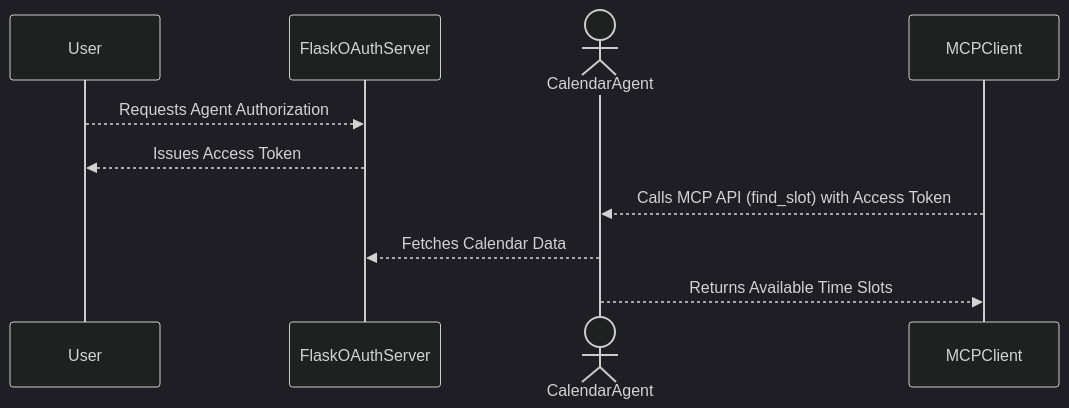
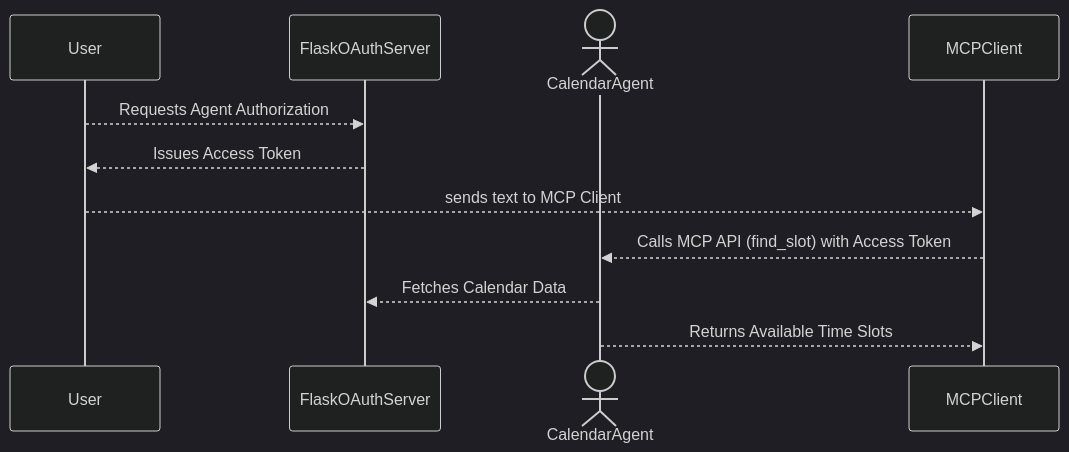
One commit to madesm/arXiv-2501.09674v1-agentic-delegation-demo changed the diagram in README.md. Above: the diagram before and after it, drawn with Mermaid (dark theme).

````diff
--- a/README.md
+++ b/README.md
@@ -52,13 +52,14 @@
 ```mermaid
 sequenceDiagram
   participant User
   participant FlaskOAuthServer
   actor CalendarAgent
   participant MCPClient
 
   User -->> FlaskOAuthServer : Requests Agent Authorization
   FlaskOAuthServer -->> User : Issues Access Token
+  User -->> MCPClient : sends text to MCP Client
   MCPClient -->> CalendarAgent : Calls MCP API (find_slot) with Access Token
   CalendarAgent -->> FlaskOAuthServer : Fetches Calendar Data
   CalendarAgent -->> MCPClient : Returns Available Time Slots
 ```
````
